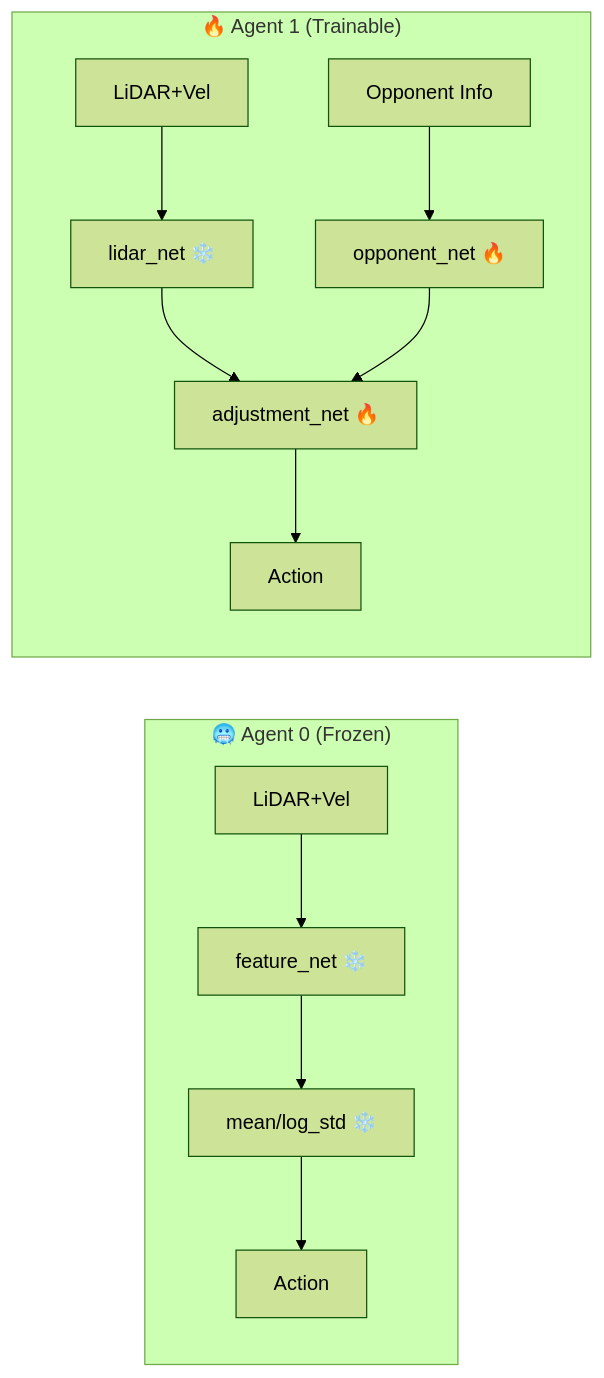
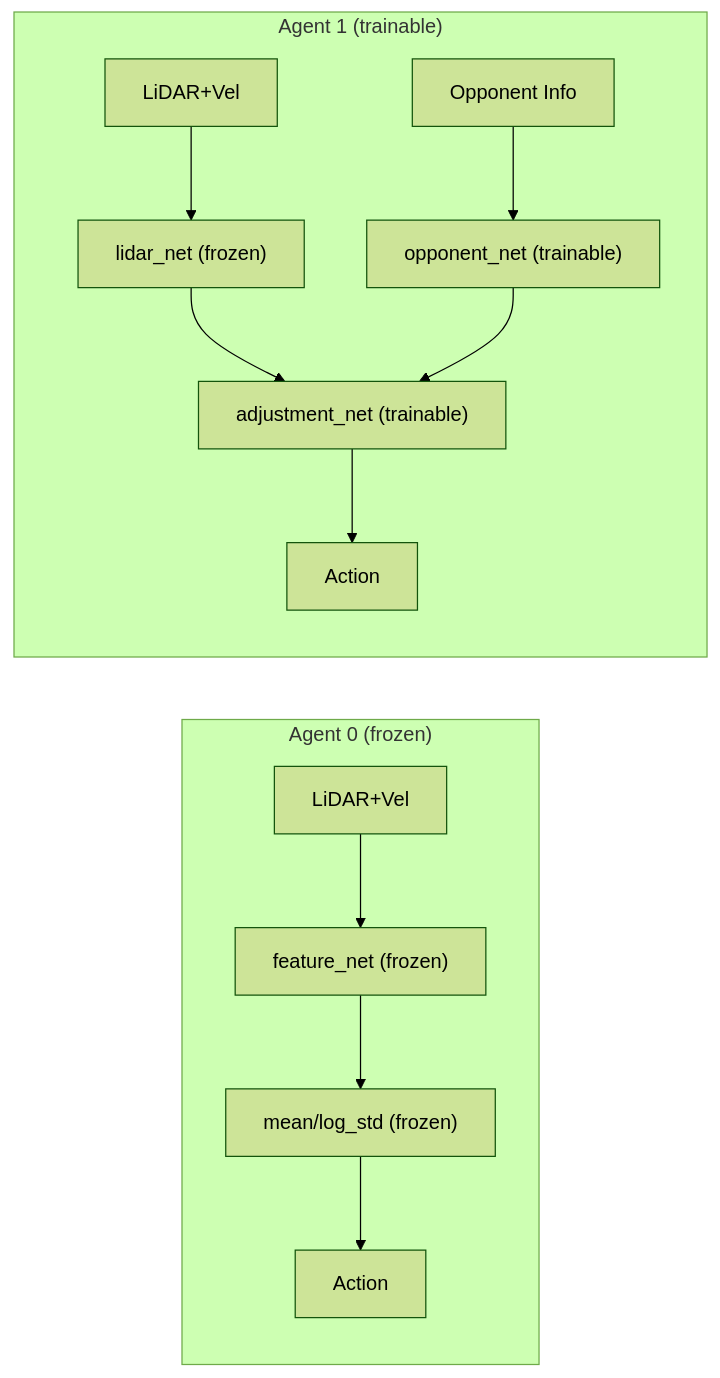
The fifth of 8 diagrams in _posts/project/2025-11-22-agent-mcqueen.md (leesg0107/leesg0107.github.io), drawn with Mermaid (forest theme) before and after one commit. The commit also changed other lines of this file and 77 other files, not shown here.

```diff
--- a/_posts/project/2025-11-22-agent-mcqueen.md
+++ b/_posts/project/2025-11-22-agent-mcqueen.md
@@ -209,14 +204,14 @@
 <div class="mermaid">
 flowchart LR
-    subgraph AGENT0["🥶 Agent 0 (Frozen)"]
-        OBS0["LiDAR+Vel"] --> F0["feature_net ❄️"] --> M0["mean/log_std ❄️"] --> ACT0["Action"]
+    subgraph AGENT0["Agent 0 (frozen)"]
+        OBS0["LiDAR+Vel"] --> F0["feature_net (frozen)"] --> M0["mean/log_std (frozen)"] --> ACT0["Action"]
     end
 
-    subgraph AGENT1["🔥 Agent 1 (Trainable)"]
-        OBS1["LiDAR+Vel"] --> LN1["lidar_net ❄️"]
-        OPPINFO["Opponent Info"] --> ON["opponent_net 🔥"]
-        LN1 --> OAN["adjustment_net 🔥"]
+    subgraph AGENT1["Agent 1 (trainable)"]
+        OBS1["LiDAR+Vel"] --> LN1["lidar_net (frozen)"]
+        OPPINFO["Opponent Info"] --> ON["opponent_net (trainable)"]
+        LN1 --> OAN["adjustment_net (trainable)"]
         ON --> OAN
         OAN --> ACT1["Action"]
     end
 </div>
```
